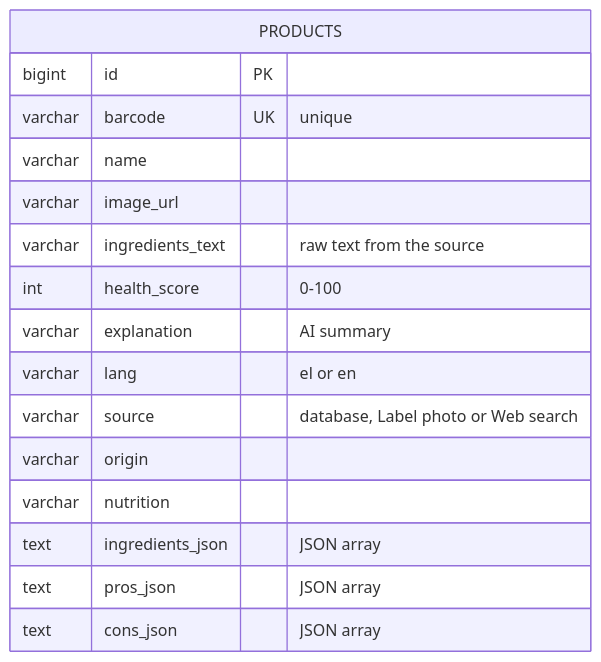
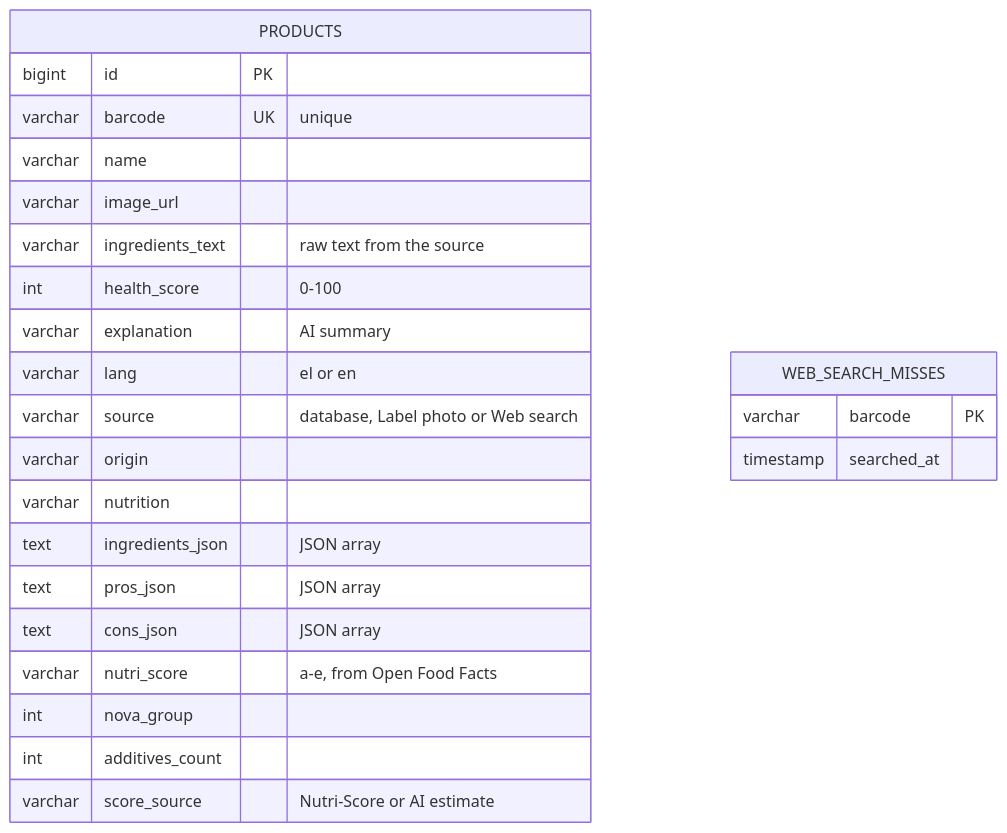
Before and after one commit to edisban/HealthScan: the fourth of 6 diagrams in README.md, drawn with Mermaid. The commit also changed other lines of this file, not shown here.

First line of the commit message:
Document screenshots, the score formula, security and testing

````diff
--- a/README.md
+++ b/README.md
@@ -156,19 +181,27 @@
 ```mermaid
 erDiagram
     PRODUCTS {
         bigint id PK
         varchar barcode UK "unique"
         varchar name
         varchar image_url
         varchar ingredients_text "raw text from the source"
         int health_score "0-100"
         varchar explanation "AI summary"
         varchar lang "el or en"
         varchar source "database, Label photo or Web search"
         varchar origin
         varchar nutrition
         text ingredients_json "JSON array"
         text pros_json "JSON array"
         text cons_json "JSON array"
+        varchar nutri_score "a-e, from Open Food Facts"
+        int nova_group
+        int additives_count
+        varchar score_source "Nutri-Score or AI estimate"
+    }
+    WEB_SEARCH_MISSES {
+        varchar barcode PK
+        timestamp searched_at
     }
 ```
````
